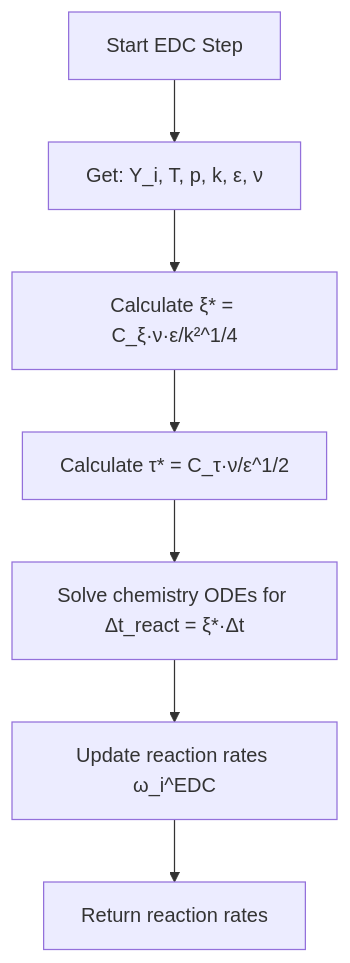
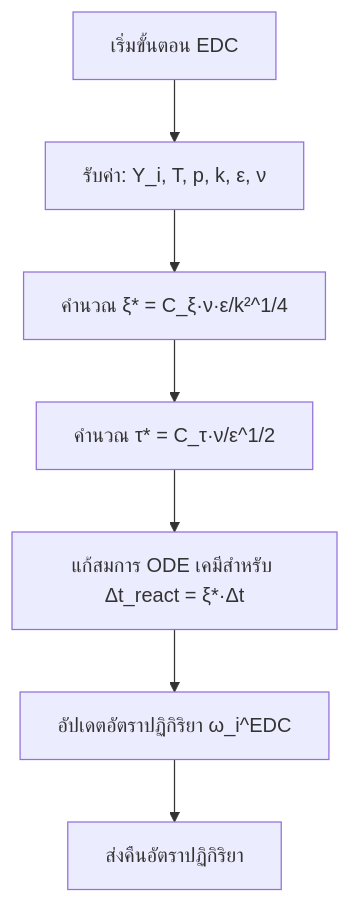
Before and after one commit to wramet/build-my-cfd: the third of 5 diagrams in MODULE_06_ADVANCED_PHYSICS/CONTENT/03_REACTING_FLOWS/03_Combustion_Models.md, drawn with Mermaid. The commit also changed other lines of this file and 104 other files, not shown here.

````diff
--- a/MODULE_06_ADVANCED_PHYSICS/CONTENT/03_REACTING_FLOWS/03_Combustion_Models.md
+++ b/MODULE_06_ADVANCED_PHYSICS/CONTENT/03_REACTING_FLOWS/03_Combustion_Models.md
@@ -245,9 +245,9 @@
 ```mermaid
 flowchart TD
-    Start[Start EDC Step] --> Input[Get: Y_i, T, p, k, ε, ν]
-    Input --> CalcXi[Calculate ξ* = C_ξ·ν·ε/k²^1/4]
-    CalcXi --> CalcTau[Calculate τ* = C_τ·ν/ε^1/2]
-    CalcTau --> SolveChem[Solve chemistry ODEs for Δt_react = ξ*·Δt]
-    SolveChem --> UpdateRates[Update reaction rates ω_i^EDC]
-    UpdateRates --> End[Return reaction rates]
+    Start[เริ่มขั้นตอน EDC] --> Input[รับค่า: Y_i, T, p, k, ε, ν]
+    Input --> CalcXi[คำนวณ ξ* = C_ξ·ν·ε/k²^1/4]
+    CalcXi --> CalcTau[คำนวณ τ* = C_τ·ν/ε^1/2]
+    CalcTau --> SolveChem[แก้สมการ ODE เคมีสำหรับ Δt_react = ξ*·Δt]
+    SolveChem --> UpdateRates[อัปเดตอัตราปฏิกิริยา ω_i^EDC]
+    UpdateRates --> End[ส่งคืนอัตราปฏิกิริยา]
 ```
````
